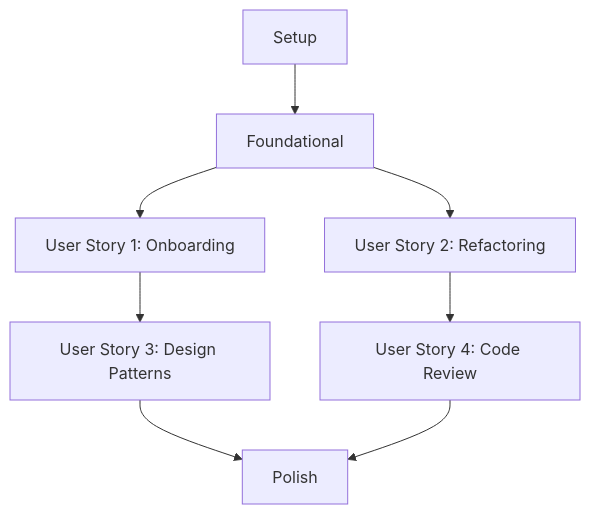
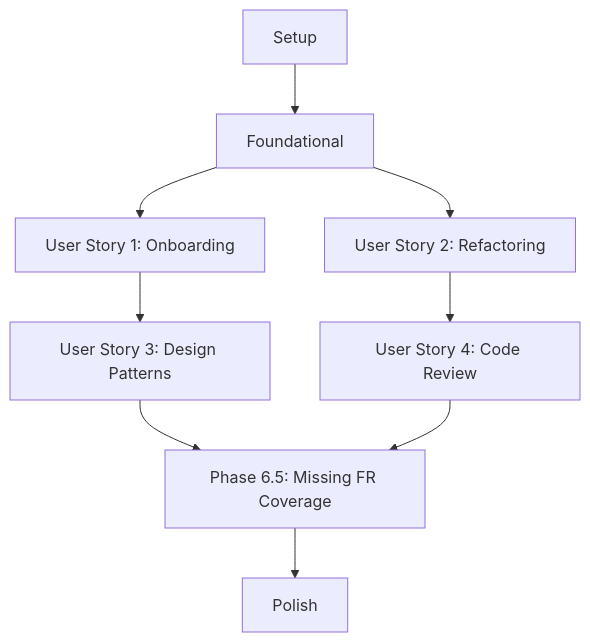
The diagram in specs/002-modular-design-docs/tasks.md (lixiao1981/get_stroage_index), drawn with Mermaid before and after one commit. The commit also changed other lines of this file and 7 other files, not shown here.

Commit message:
refine: Add missing FR coverage and constitution alignment

````diff
--- a/specs/002-modular-design-docs/tasks.md
+++ b/specs/002-modular-design-docs/tasks.md
@@ -11,10 +11,11 @@
 ```mermaid
 graph TD
     Setup --> Foundational
     Foundational --> US1[User Story 1: Onboarding]
     Foundational --> US2[User Story 2: Refactoring]
     US1 --> US3[User Story 3: Design Patterns]
     US2 --> US4[User Story 4: Code Review]
-    US3 --> Polish
-    US4 --> Polish
+    US3 --> MissingFR[Phase 6.5: Missing FR Coverage]
+    US4 --> MissingFR
+    MissingFR --> Polish
 ```
````
